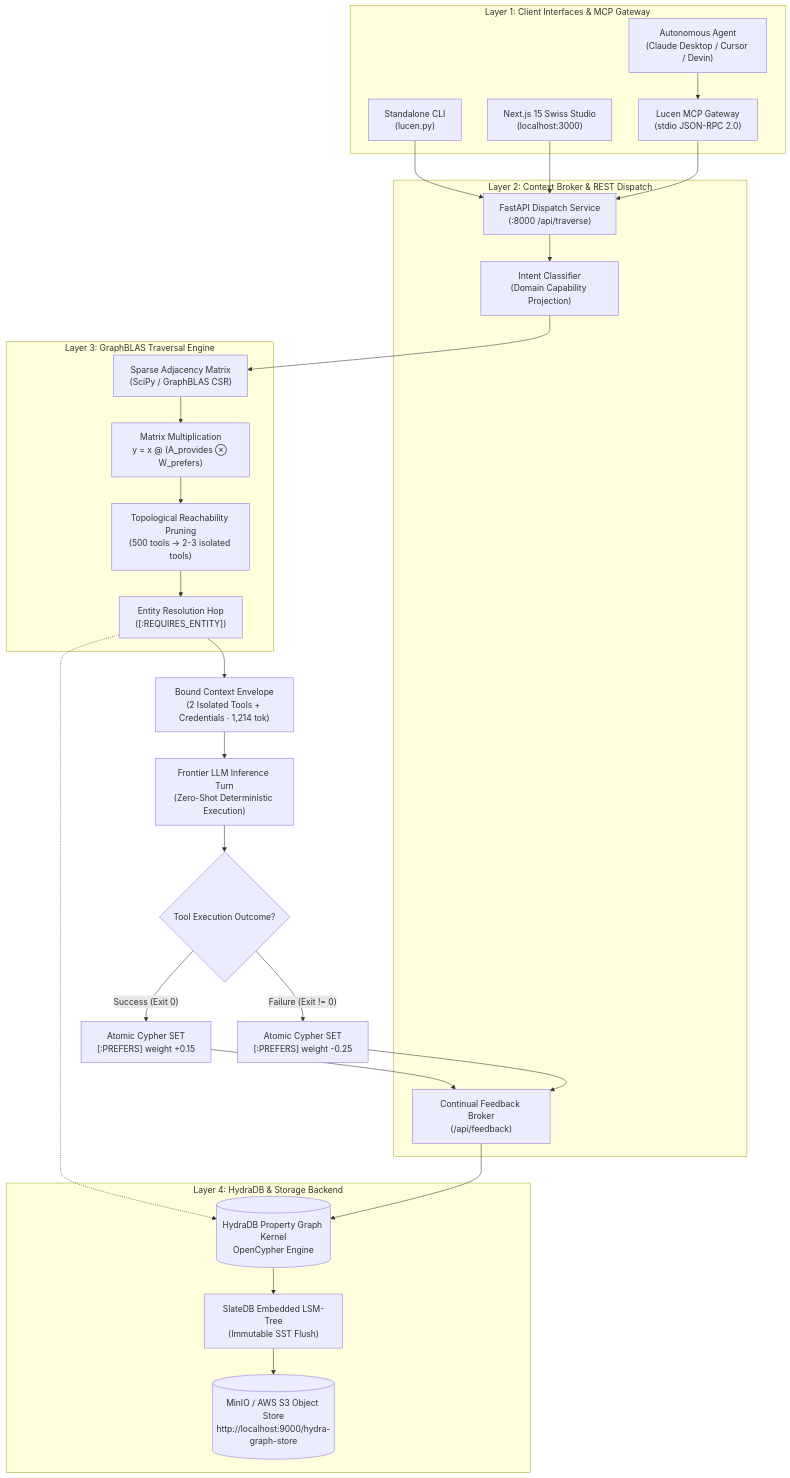
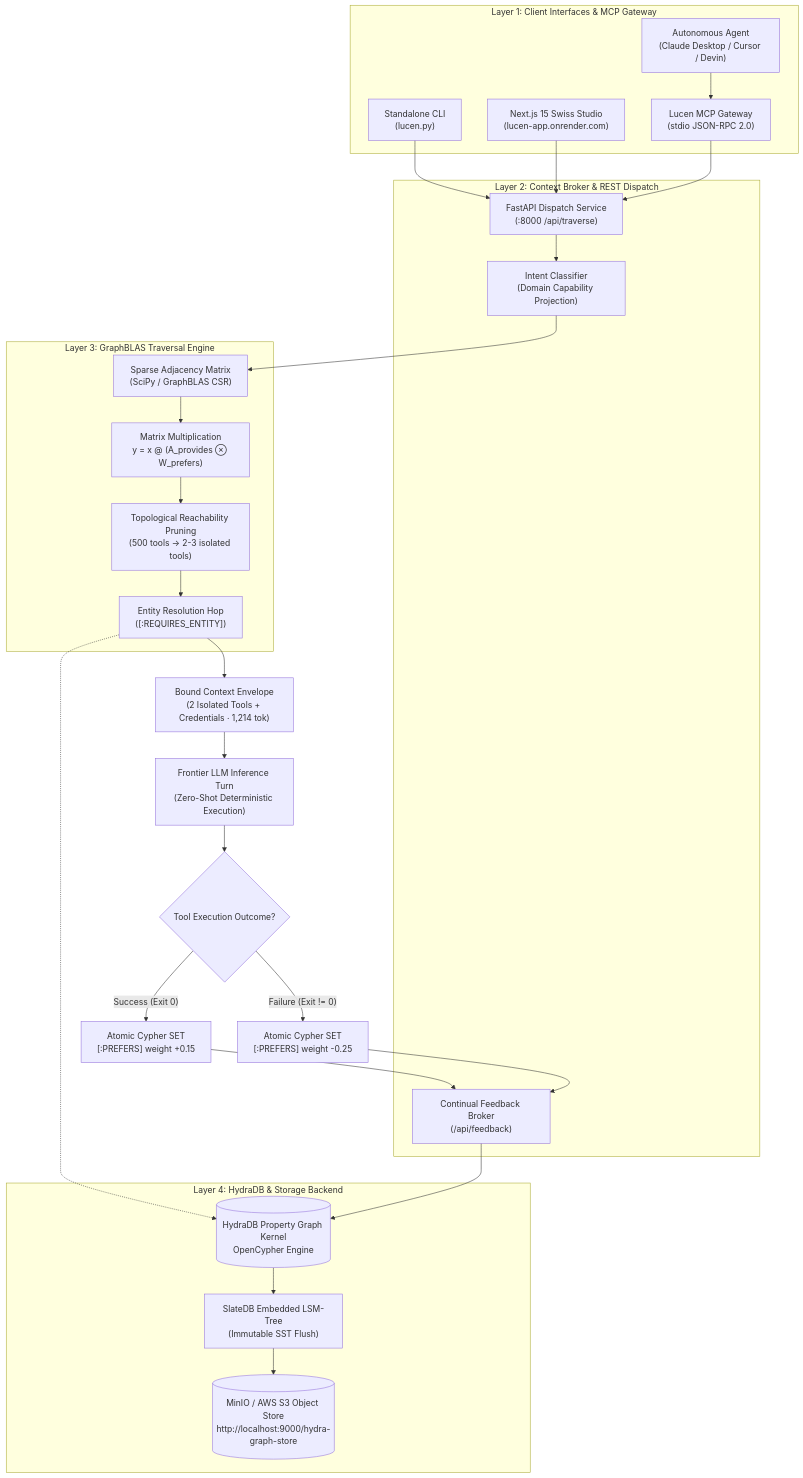
Before and after one commit to toufiqfarhan0/hydradb-hack-nov: the first of 2 diagrams in README.md, drawn with Mermaid. The commit also changed other lines of this file and 3 other files, not shown here.

Commit message:
feat(deploy): link live production instance https://lucen-app.onrender.com across README, Docs, Navbar, and Home

````diff
--- a/README.md
+++ b/README.md
@@ -165,49 +166,49 @@
 ```mermaid
 flowchart TD
     subgraph Clients ["Layer 1: Client Interfaces & MCP Gateway"]
         Agent["Autonomous Agent\n(Claude Desktop / Cursor / Devin)"]
         CLI["Standalone CLI\n(lucen.py)"]
-        WebUI["Next.js 15 Swiss Studio\n(localhost:3000)"]
+        WebUI["Next.js 15 Swiss Studio\n(lucen-app.onrender.com)"]
         Gateway["Lucen MCP Gateway\n(stdio JSON-RPC 2.0)"]
         Agent --> Gateway
     end
 
     subgraph Broker ["Layer 2: Context Broker & REST Dispatch"]
         API["FastAPI Dispatch Service\n(:8000 /api/traverse)"]
         Intent["Intent Classifier\n(Domain Capability Projection)"]
         FeedbackBroker["Continual Feedback Broker\n(/api/feedback)"]
         Gateway --> API
         CLI --> API
         WebUI --> API
         API --> Intent
     end
 
     subgraph Kernel ["Layer 3: GraphBLAS Traversal Engine"]
         CSR["Sparse Adjacency Matrix\n(SciPy / GraphBLAS CSR)"]
         Semiring["Matrix Multiplication\ny = x @ (A_provides ⊗ W_prefers)"]
         Prune["Topological Reachability Pruning\n(500 tools -> 2-3 isolated tools)"]
         EntityResolver["Entity Resolution Hop\n([:REQUIRES_ENTITY])"]
         Intent --> CSR
         CSR --> Semiring
         Semiring --> Prune
         Prune --> EntityResolver
     end
 
     subgraph Storage ["Layer 4: HydraDB & Storage Backend"]
         HydraDB[("HydraDB Property Graph Kernel\nOpenCypher Engine")]
         SlateDB["SlateDB Embedded LSM-Tree\n(Immutable SST Flush)"]
         S3Store[("MinIO / AWS S3 Object Store\nhttp://localhost:9000/hydra-graph-store")]
         HydraDB --> SlateDB
         SlateDB --> S3Store
     end
 
     EntityResolver -.-> HydraDB
     EntityResolver --> Envelope["Bound Context Envelope\n(2 Isolated Tools + Credentials · 1,214 tok)"]
     Envelope --> LLM["Frontier LLM Inference Turn\n(Zero-Shot Deterministic Execution)"]
     LLM --> Result{"Tool Execution Outcome?"}
     Result -->|"Success (Exit 0)"| Reinforce["Atomic Cypher SET\n[:PREFERS] weight +0.15"]
     Result -->|"Failure (Exit != 0)"| Penalize["Atomic Cypher SET\n[:PREFERS] weight -0.25"]
     Reinforce --> FeedbackBroker
     Penalize --> FeedbackBroker
     FeedbackBroker --> HydraDB
 ```
````
